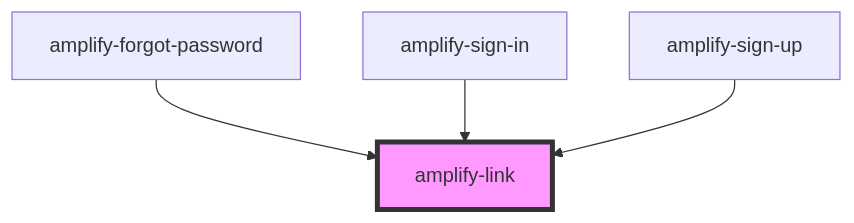
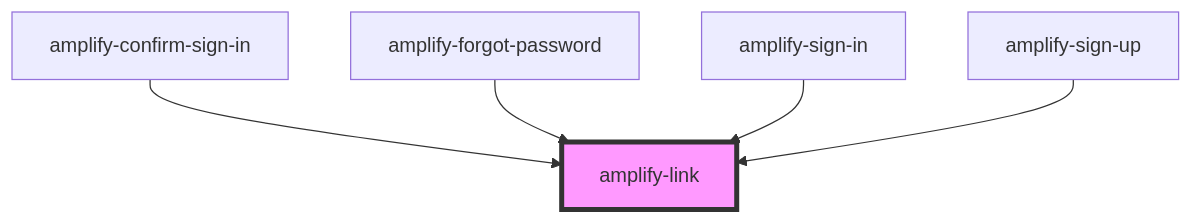
Before and after one commit to aws-amplify/amplify-js: the diagram in packages/amplify-ui-components/src/components/amplify-link/readme.md, drawn with Mermaid. The commit also changed other lines of this file and 15 other files, not shown here.

Commit message:
feat: amplify-confirm-sign-in component

````diff
--- a/packages/amplify-ui-components/src/components/amplify-link/readme.md
+++ b/packages/amplify-ui-components/src/components/amplify-link/readme.md
@@ -25,7 +26,8 @@
 ```mermaid
 graph TD;
+  amplify-confirm-sign-in --> amplify-link
   amplify-forgot-password --> amplify-link
   amplify-sign-in --> amplify-link
   amplify-sign-up --> amplify-link
   style amplify-link fill:#f9f,stroke:#333,stroke-width:4px
 ```
````
